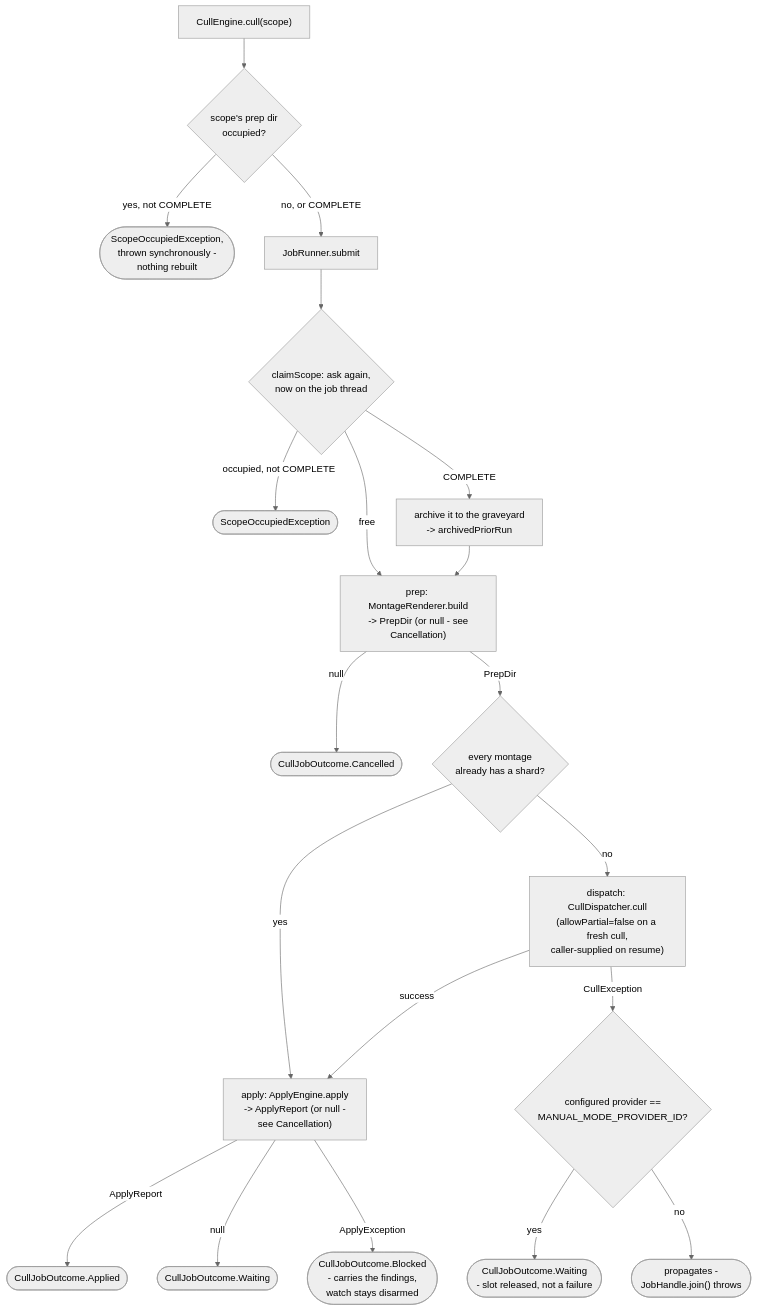
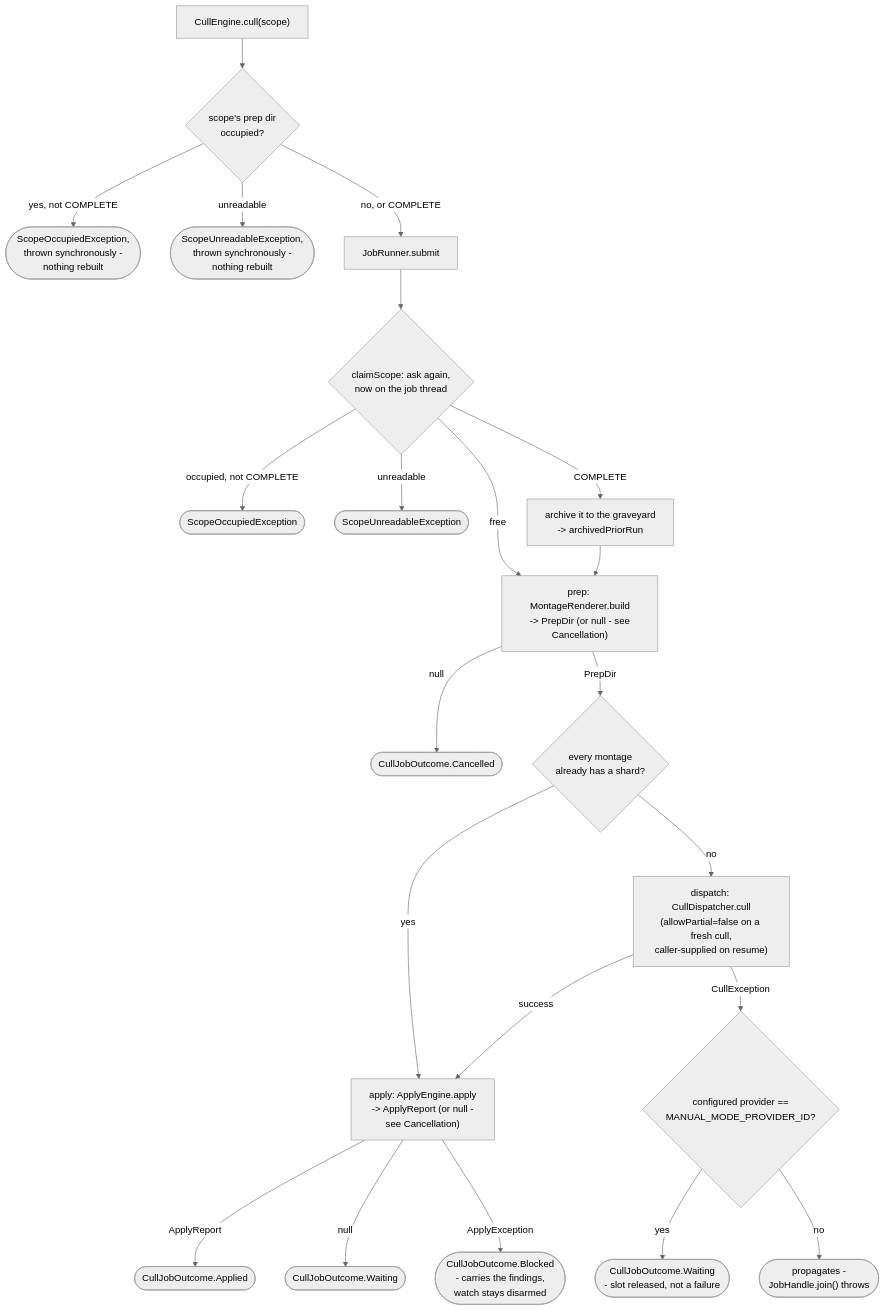
The first of 3 diagrams in app/docs/design/application/service/cull-engine.md (AdrianNachev91/sluice), drawn with Mermaid (neutral theme) before and after one commit. The commit also changed other lines of this file and 24 other files, not shown here.

````diff
--- a/app/docs/design/application/service/cull-engine.md
+++ b/app/docs/design/application/service/cull-engine.md
@@ -91,23 +101,25 @@
 ```mermaid
 flowchart TD
     A["CullEngine.cull(scope)"] --> W{"scope's prep dir<br/>occupied?"}
     W -- "yes, not COMPLETE" --> WZ(["ScopeOccupiedException,<br/>thrown synchronously -<br/>nothing rebuilt"])
+    W -- "unreadable" --> WU(["ScopeUnreadableException,<br/>thrown synchronously -<br/>nothing rebuilt"])
     W -- "no, or COMPLETE" --> B["JobRunner.submit"]
     B --> CS{"claimScope: ask again,<br/>now on the job thread"}
     CS -- "occupied, not COMPLETE" --> WZ2(["ScopeOccupiedException"])
+    CS -- "unreadable" --> WU2(["ScopeUnreadableException"])
     CS -- "COMPLETE" --> WA["archive it to the graveyard<br/>-> archivedPriorRun"]
     CS -- "free" --> P
     WA --> P
     P["prep: MontageRenderer.build<br/>-> PrepDir (or null - see<br/>Cancellation)"]
     P -- "null" --> PZ(["CullJobOutcome.Cancelled"])
     P -- "PrepDir" --> S{"every montage<br/>already has a shard?"}
     S -- "yes" --> AP["apply: ApplyEngine.apply<br/>-> ApplyReport (or null -<br/>see Cancellation)"]
     S -- "no" --> D["dispatch: CullDispatcher.cull<br/>(allowPartial=false on a fresh cull,<br/>caller-supplied on resume)"]
     D -- "success" --> AP
     AP -- "ApplyReport" --> APP(["CullJobOutcome.Applied"])
     AP -- "null" --> APZ(["CullJobOutcome.Waiting"])
     AP -- "ApplyException" --> APB(["CullJobOutcome.Blocked<br/>- carries the findings,<br/>watch stays disarmed"])
     D -- "CullException" --> M{"configured provider ==<br/>MANUAL_MODE_PROVIDER_ID?"}
     M -- "yes" --> WT(["CullJobOutcome.Waiting<br/>- slot released, not a failure"])
     M -- "no" --> RT(["propagates -<br/>JobHandle.join() throws"])
 ```
````
